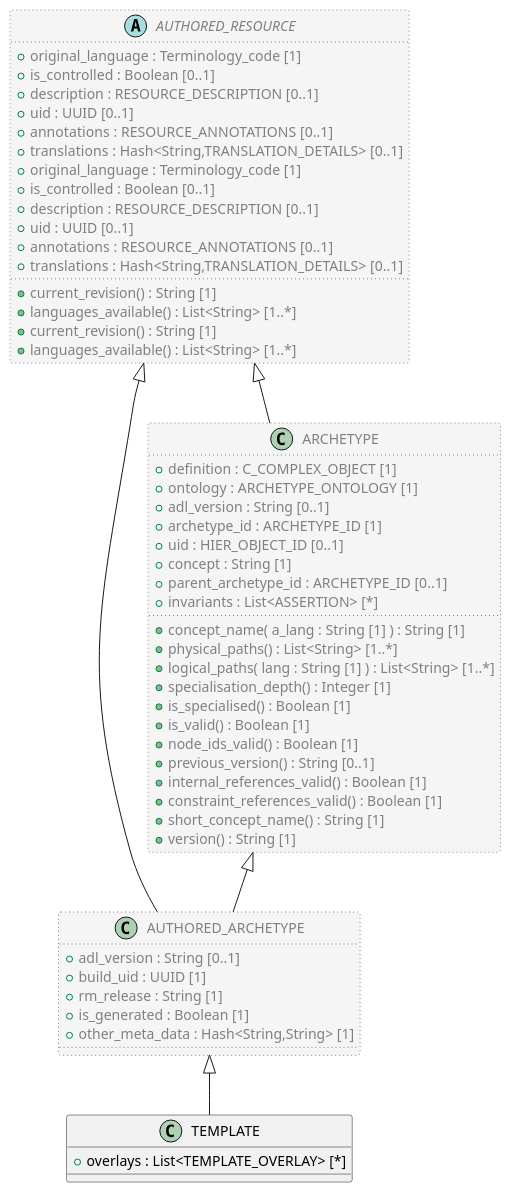
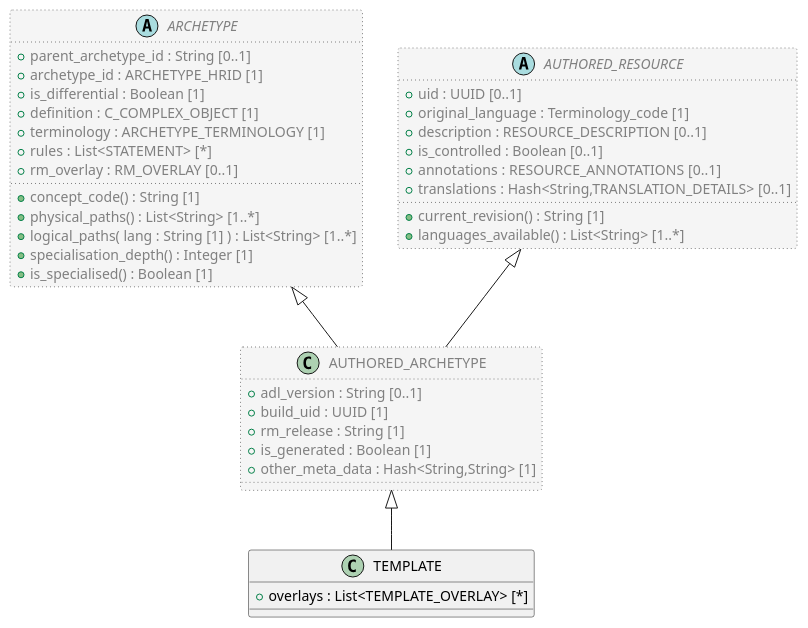
Before and after one commit to sebastian-iancu/code-generator: the diagram in code/Adoc/openehr_am_2.2.0/plantUML/classes/org.openehr.am.aom2.template.adoc, drawn with PlantUML. The commit also changed 719 other files, not shown here.

```diff
--- a/code/Adoc/openehr_am_2.2.0/plantUML/classes/org.openehr.am.aom2.template.adoc
+++ b/code/Adoc/openehr_am_2.2.0/plantUML/classes/org.openehr.am.aom2.template.adoc
@@ -1,72 +1,51 @@
 [plantuml,TEMPLATE,format=svg,svg-type="inline"]
 -----
 @startuml
 
 class TEMPLATE {
   + overlays : List<TEMPLATE_OVERLAY> [*]
 }
 
 class AUTHORED_ARCHETYPE  #whitesmoke;line:gray;line.dotted;text:gray {
   + adl_version : String [0..1]
   + build_uid : UUID [1]
   + rm_release : String [1]
   + is_generated : Boolean [1]
   + other_meta_data : Hash<String,String> [1]
 }
 
-class ARCHETYPE  #whitesmoke;line:gray;line.dotted;text:gray {
+abstract class ARCHETYPE  #whitesmoke;line:gray;line.dotted;text:gray {
+  + parent_archetype_id : String [0..1]
+  + archetype_id : ARCHETYPE_HRID [1]
+  + is_differential : Boolean [1]
   + definition : C_COMPLEX_OBJECT [1]
-  + ontology : ARCHETYPE_ONTOLOGY [1]
-  + adl_version : String [0..1]
-  + archetype_id : ARCHETYPE_ID [1]
-  + uid : HIER_OBJECT_ID [0..1]
-  + concept : String [1]
-  + parent_archetype_id : ARCHETYPE_ID [0..1]
-  + invariants : List<ASSERTION> [*]
-  + concept_name( a_lang : String [1] ) : String [1]
+  + terminology : ARCHETYPE_TERMINOLOGY [1]
+  + rules : List<STATEMENT> [*]
+  + rm_overlay : RM_OVERLAY [0..1]
+  + concept_code() : String [1]
   + physical_paths() : List<String> [1..*]
   + logical_paths( lang : String [1] ) : List<String> [1..*]
   + specialisation_depth() : Integer [1]
   + is_specialised() : Boolean [1]
-  + is_valid() : Boolean [1]
-  + node_ids_valid() : Boolean [1]
-  + previous_version() : String [0..1]
-  + internal_references_valid() : Boolean [1]
-  + constraint_references_valid() : Boolean [1]
-  + short_concept_name() : String [1]
-  + version() : String [1]
 }
-
-abstract class AUTHORED_RESOURCE  #whitesmoke;line:gray;line.dotted;text:gray {
-  + original_language : Terminology_code [1]
-  + is_controlled : Boolean [0..1]
-  + description : RESOURCE_DESCRIPTION [0..1]
-  + uid : UUID [0..1]
-  + annotations : RESOURCE_ANNOTATIONS [0..1]
-  + translations : Hash<String,TRANSLATION_DETAILS> [0..1]
-  + current_revision() : String [1]
-  + languages_available() : List<String> [1..*]
-}
-
-AUTHORED_RESOURCE <|-- ARCHETYPE
 
 ARCHETYPE <|-- AUTHORED_ARCHETYPE
 
 abstract class AUTHORED_RESOURCE  #whitesmoke;line:gray;line.dotted;text:gray {
+  + uid : UUID [0..1]
   + original_language : Terminology_code [1]
+  + description : RESOURCE_DESCRIPTION [0..1]
   + is_controlled : Boolean [0..1]
-  + description : RESOURCE_DESCRIPTION [0..1]
-  + uid : UUID [0..1]
   + annotations : RESOURCE_ANNOTATIONS [0..1]
   + translations : Hash<String,TRANSLATION_DETAILS> [0..1]
   + current_revision() : String [1]
   + languages_available() : List<String> [1..*]
 }
 
 AUTHORED_RESOURCE <|-- AUTHORED_ARCHETYPE
 
 AUTHORED_ARCHETYPE <|-- TEMPLATE
 
 
 @enduml
 -----
```
